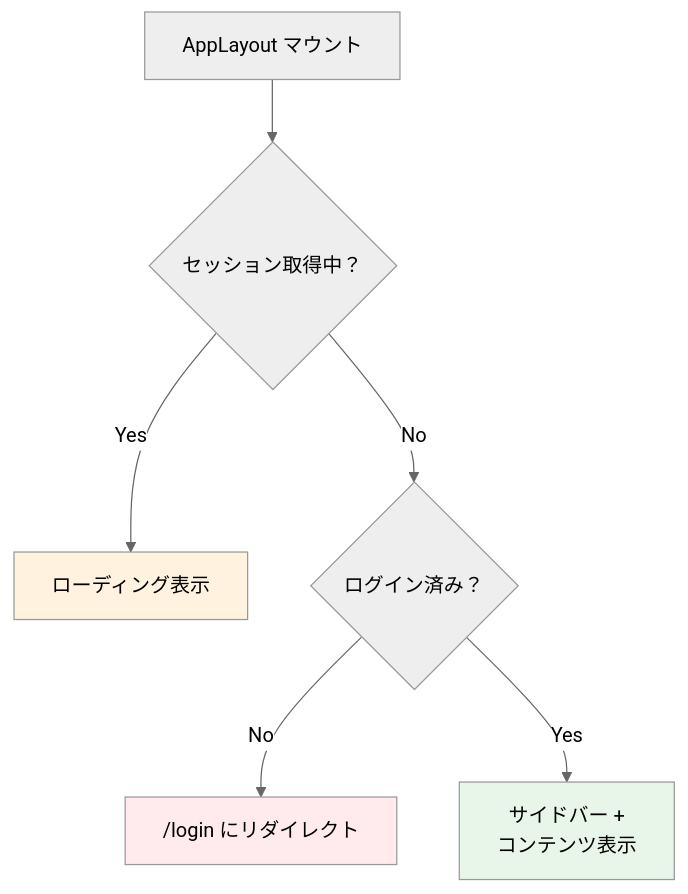
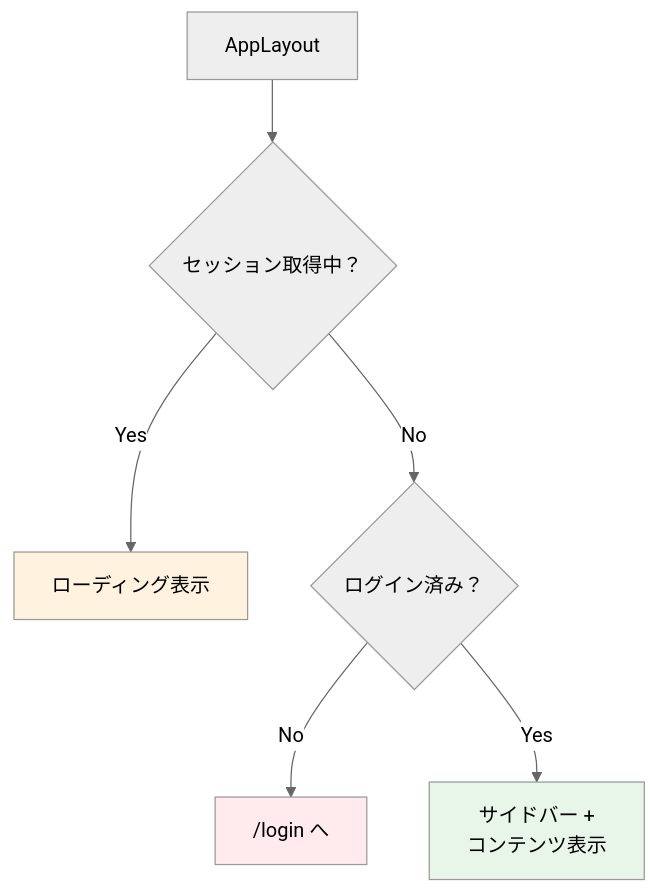
The third of 5 diagrams in material/30days-curriculum/day08_サイドバーを完成させよう.md (kouiso/task-app), drawn with Mermaid (neutral theme) before and after one commit. The commit also changed other lines of this file and 2 other files, not shown here.

````diff
--- a/material/30days-curriculum/day08_サイドバーを完成させよう.md
+++ b/material/30days-curriculum/day08_サイドバーを完成させよう.md
@@ -209,12 +209,12 @@
 ```mermaid
 flowchart TD
-    A[AppLayout マウント] --> B{セッション取得中？}
+    A[AppLayout] --> B{セッション取得中？}
     B -->|Yes| C[ローディング表示]
     B -->|No| D{ログイン済み？}
-    D -->|No| E["/login にリダイレクト"]
+    D -->|No| E["/login へ"]
     D -->|Yes| F[サイドバー +<br/>コンテンツ表示]
 
     style C fill:#fff3e0
     style E fill:#ffebee
     style F fill:#e8f5e9
 ```
````
